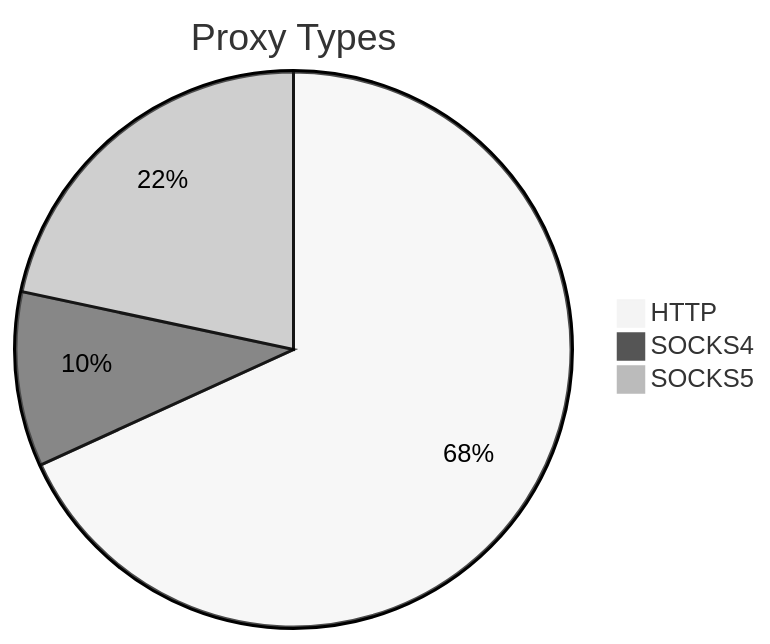
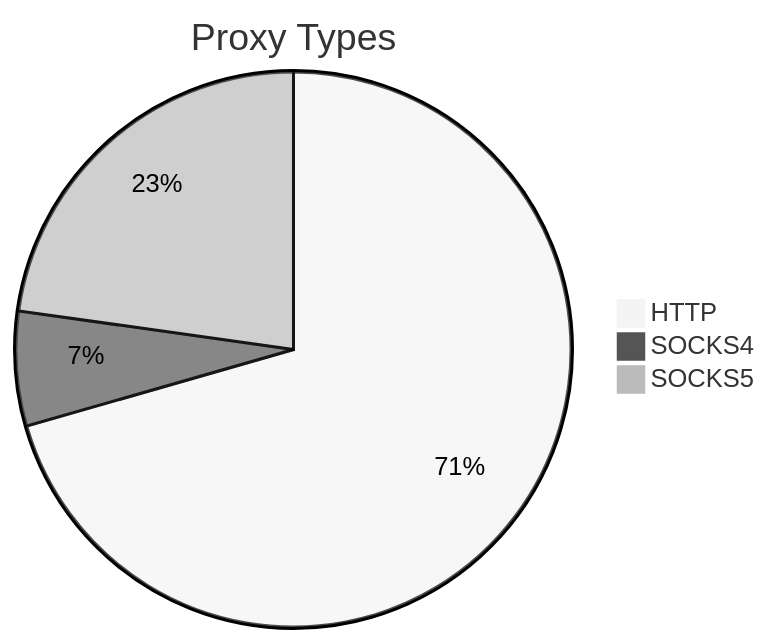
The first of 2 diagrams in README.md (stormsia/proxy-list), drawn with Mermaid (neutral theme) before and after one commit. The commit also changed other lines of this file, not shown here.

````diff
--- a/README.md
+++ b/README.md
@@ -21,6 +21,6 @@
 ```mermaid
 pie title Proxy Types
-    "HTTP" : 255
-    "SOCKS4" : 38
-    "SOCKS5" : 81
+    "HTTP" : 254
+    "SOCKS4" : 24
+    "SOCKS5" : 82
 ```
````
